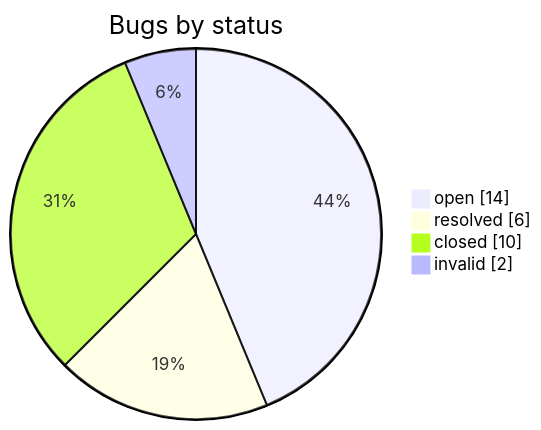
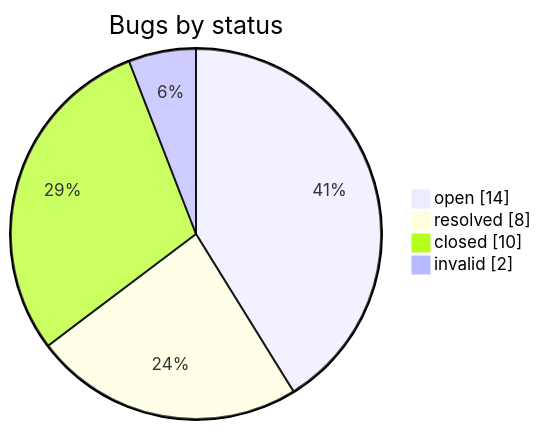
Before and after one commit to iammaxsu/automatic-testing-architecture: the second of 2 diagrams in STATUS.md, drawn with Mermaid. The commit also changed other lines of this file and 12 other files, not shown here.

````diff
--- a/STATUS.md
+++ b/STATUS.md
@@ -164,7 +164,7 @@
 ```mermaid
 pie showData title Bugs by status
     "open" : 14
-    "resolved" : 6
+    "resolved" : 8
     "closed" : 10
     "invalid" : 2
 ```
````
